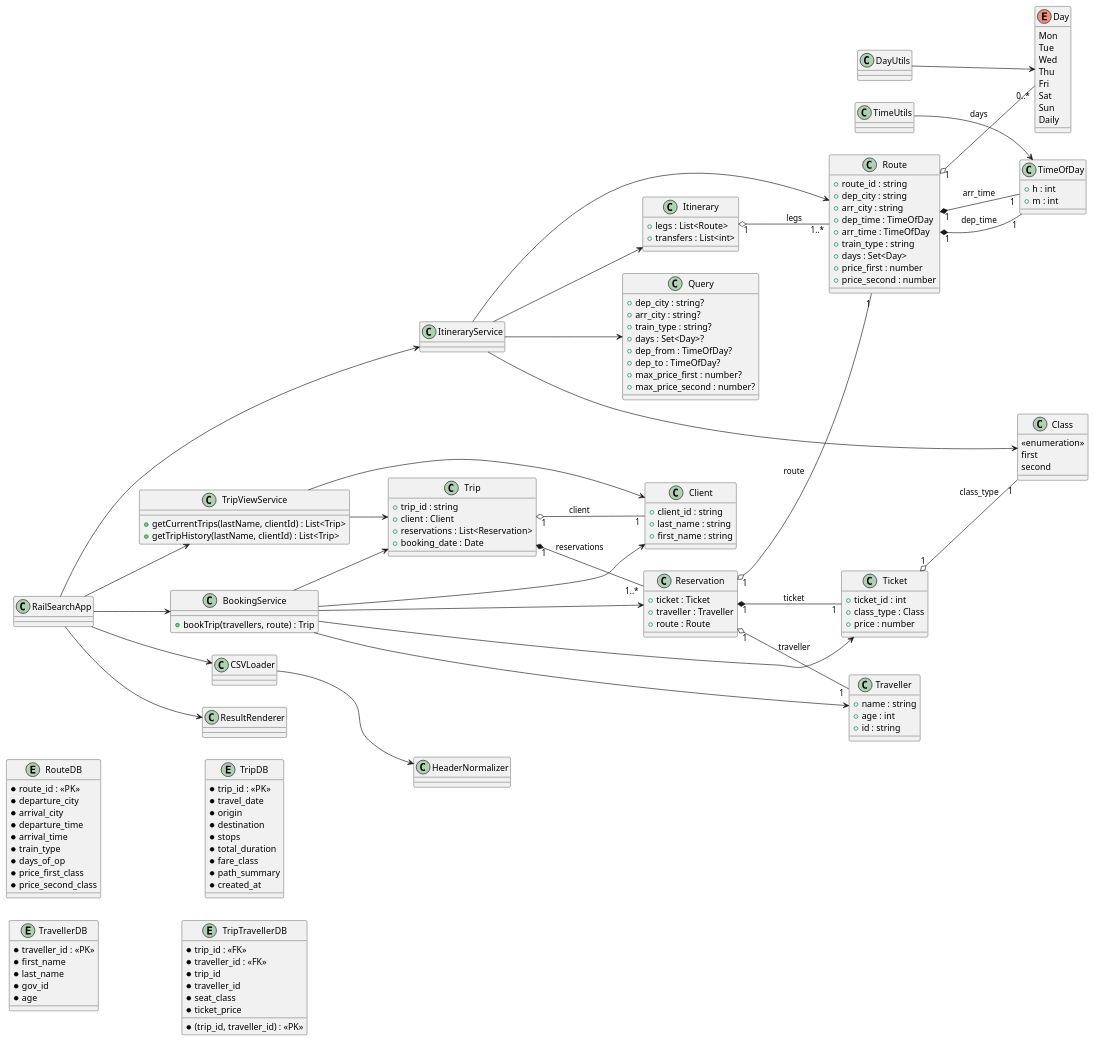
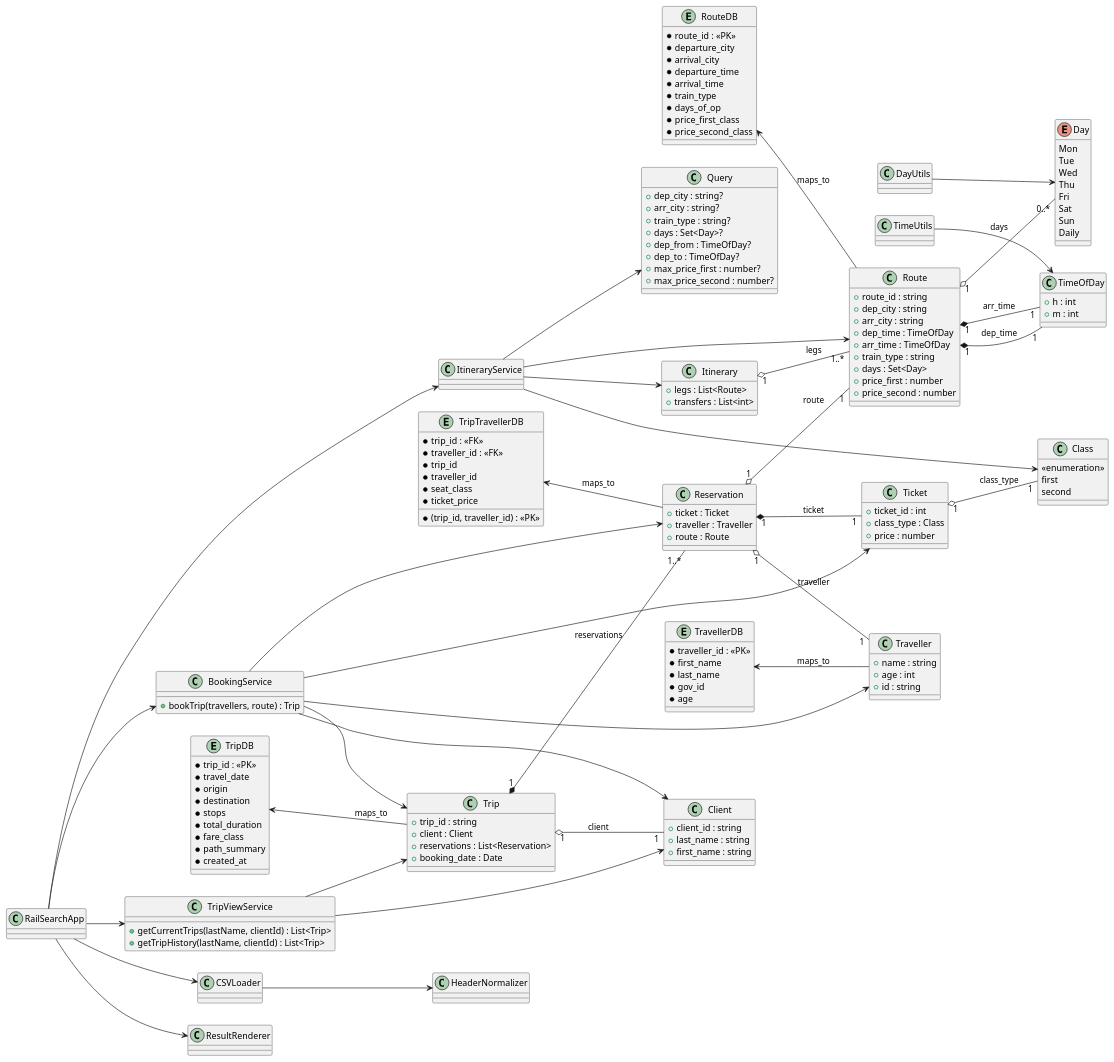
One commit to nicolas-zampieri/SOEN342 changed the diagram in docs/PlantUMLCode/domain.puml. Above: the diagram before and after it, drawn with PlantUML. The commit also changed 1 other file, not shown here.

```diff
--- a/docs/PlantUMLCode/domain.puml
+++ b/docs/PlantUMLCode/domain.puml
@@ -1,175 +1,182 @@
 @startuml DomainModel
 left to right direction
 
 enum Day {
   Mon
   Tue
   Wed
   Thu
   Fri
   Sat
   Sun
   Daily
 }
 
 class Class {
   <<enumeration>>
   first
   second
 }
 
 entity "RouteDB" as RouteDB {
   *route_id : <<PK>>
   *departure_city
   *arrival_city
   *departure_time
   *arrival_time
   *train_type
   *days_of_op
   *price_first_class
   *price_second_class
 }
 
 entity "TravellerDB" as ClientDB {
   *traveller_id : <<PK>>
   *first_name
   *last_name
   *gov_id
   *age
 }
 
 entity "TripDB" as TripDB {
   *trip_id : <<PK>>
   *travel_date
   *origin
   *destination
   *stops
   *total_duration
   *fare_class
   *path_summary
   *created_at
 }
 
 entity "TripTravellerDB" as TravelDB {
   *(trip_id, traveller_id) : <<PK>>
   *trip_id : <<FK>>
   *traveller_id : <<FK>>
   *trip_id
   *traveller_id
   *seat_class
   *ticket_price
 }
 
 class TimeOfDay {
   +h : int
   +m : int
 }
 
 class Route {
   +route_id : string
   +dep_city : string
   +arr_city : string
   +dep_time : TimeOfDay
   +arr_time : TimeOfDay
   +train_type : string
   +days : Set<Day>
   +price_first : number
   +price_second : number
 }
 
 class Itinerary {
   +legs : List<Route>
   +transfers : List<int>
 }
 
 class Query {
   +dep_city : string?
   +arr_city : string?
   +train_type : string?
   +days : Set<Day>?
   +dep_from : TimeOfDay?
   +dep_to : TimeOfDay?
   +max_price_first : number?
   +max_price_second : number?
 }
 
 class Client {
   +client_id : string
   +last_name : string
   +first_name : string
 }
 
 class Traveller {
   +name : string
   +age : int
   +id : string
 }
 
 class Trip {
   +trip_id : string
   +client : Client
   +reservations : List<Reservation>
   +booking_date : Date
 }
 
 class Reservation {
   +ticket : Ticket
   +traveller : Traveller
   +route : Route
 }
 
 class Ticket {
   +ticket_id : int
   +class_type : Class
   +price : number
 }
 
 class BookingService {
   +bookTrip(travellers, route) : Trip
 }
 
 class TripViewService {
   +getCurrentTrips(lastName, clientId) : List<Trip>
   +getTripHistory(lastName, clientId) : List<Trip>
 }
 
 class ItineraryService
 class DayUtils
 class TimeUtils
 class CSVLoader
 class HeaderNormalizer
 class ResultRenderer
 class RailSearchApp
 
 Itinerary "1" o-- "1..*" Route : legs
 Route "1" *-- "1" TimeOfDay : dep_time
 Route "1" *-- "1" TimeOfDay : arr_time
 Route "1" o-- "0..*" Day : days
 
+
 Trip "1" *-- "1..*" Reservation : reservations
 Trip "1" o-- "1" Client : client
 Reservation "1" *-- "1" Ticket : ticket
 Reservation "1" o-- "1" Traveller : traveller
 Reservation "1" o-- "1" Route : route
 Ticket "1" o-- "1" Class : class_type
 
 CSVLoader --> HeaderNormalizer
 RailSearchApp --> CSVLoader
 RailSearchApp --> ResultRenderer
 RailSearchApp --> ItineraryService
 RailSearchApp --> BookingService
 RailSearchApp --> TripViewService
 ItineraryService --> Route
 ItineraryService --> Itinerary
 ItineraryService --> Query
 ItineraryService --> Class
 BookingService --> Trip
 BookingService --> Reservation
 BookingService --> Ticket
 BookingService --> Client
 BookingService --> Traveller
 TripViewService --> Trip
 TripViewService --> Client
 DayUtils --> Day
 TimeUtils --> TimeOfDay
+
+RouteDB <-- Route : maps_to
+ClientDB <-- Traveller : maps_to
+TripDB <-- Trip : maps_to
+TravelDB <-- Reservation : maps_to
+
 @enduml
```
